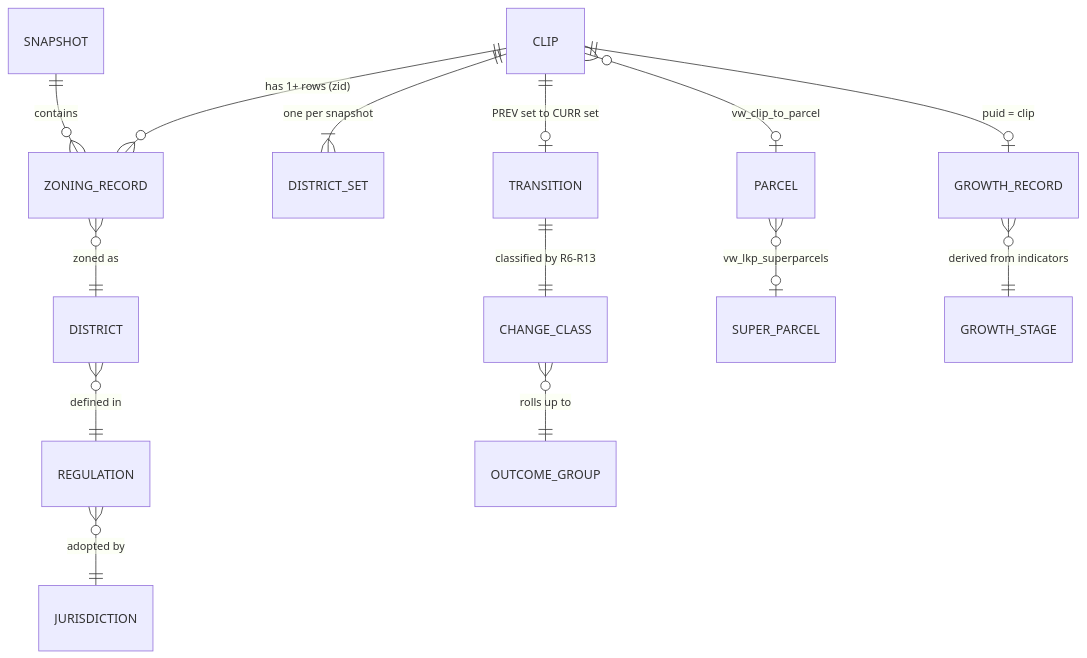
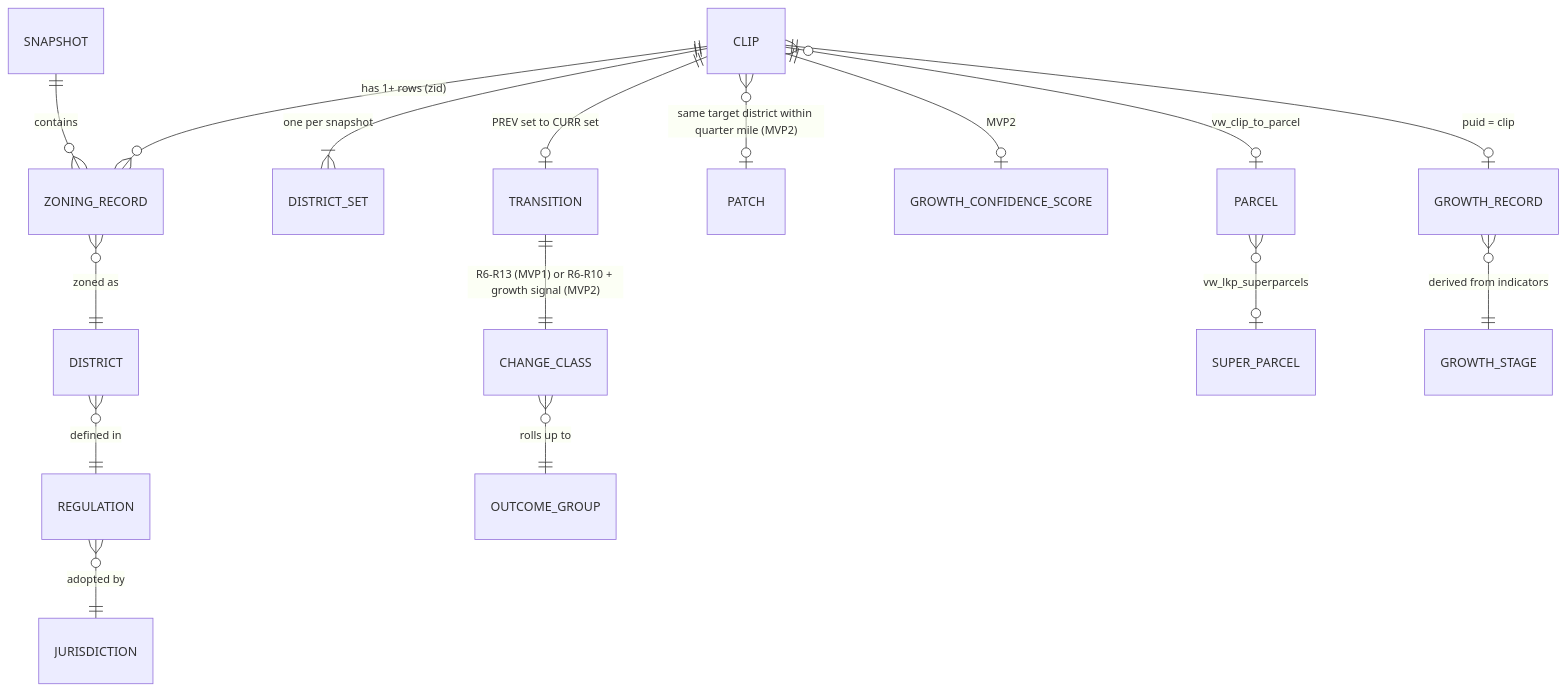
Before and after one commit to eprashar-clgx/growth-intel-V2: the diagram in docs/glossary.md, drawn with Mermaid. The commit also changed other lines of this file and 8 other files, not shown here.

First line of the commit message:
Design MVP2 growth-signal gates and confidence score (#34)

````diff
--- a/docs/glossary.md
+++ b/docs/glossary.md
@@ -13,16 +13,18 @@
 ```mermaid
 erDiagram
   SNAPSHOT ||--o{ ZONING_RECORD : contains
   CLIP ||--o{ ZONING_RECORD : "has 1+ rows (zid)"
   ZONING_RECORD }o--|| DISTRICT : "zoned as"
   DISTRICT }o--|| REGULATION : "defined in"
   REGULATION }o--|| JURISDICTION : "adopted by"
   CLIP ||--|{ DISTRICT_SET : "one per snapshot"
   CLIP ||--o| TRANSITION : "PREV set to CURR set"
-  TRANSITION ||--|| CHANGE_CLASS : "classified by R6-R13"
+  TRANSITION ||--|| CHANGE_CLASS : "R6-R13 (MVP1) or R6-R10 + growth signal (MVP2)"
+  CLIP }o--o| PATCH : "same target district within quarter mile (MVP2)"
+  CLIP ||--o| GROWTH_CONFIDENCE_SCORE : "MVP2"
   CHANGE_CLASS }o--|| OUTCOME_GROUP : "rolls up to"
   CLIP ||--o| GROWTH_RECORD : "puid = clip"
   CLIP }o--o| PARCEL : "vw_clip_to_parcel"
   PARCEL }o--o| SUPER_PARCEL : "vw_lkp_superparcels"
   GROWTH_RECORD }o--|| GROWTH_STAGE : "derived from indicators"
 ```
````
